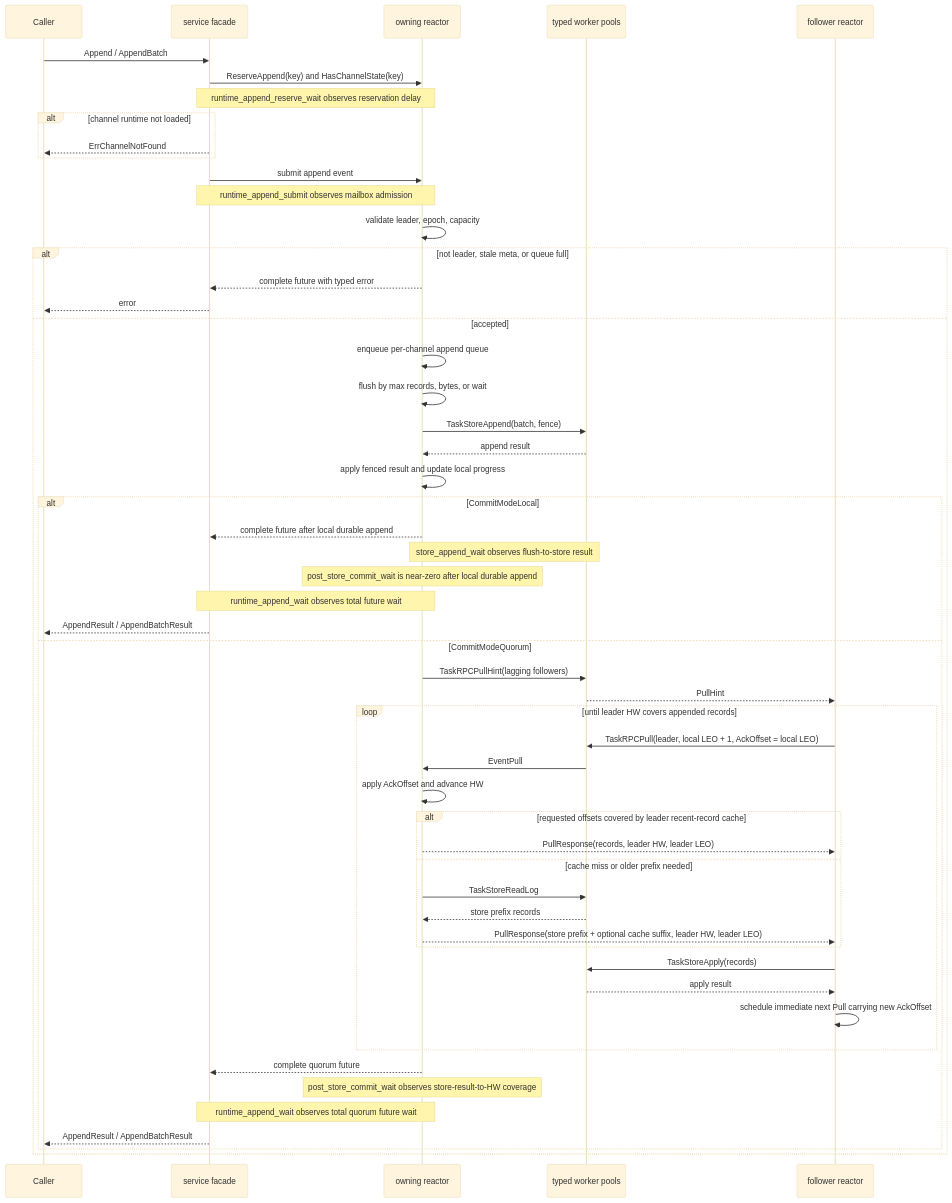
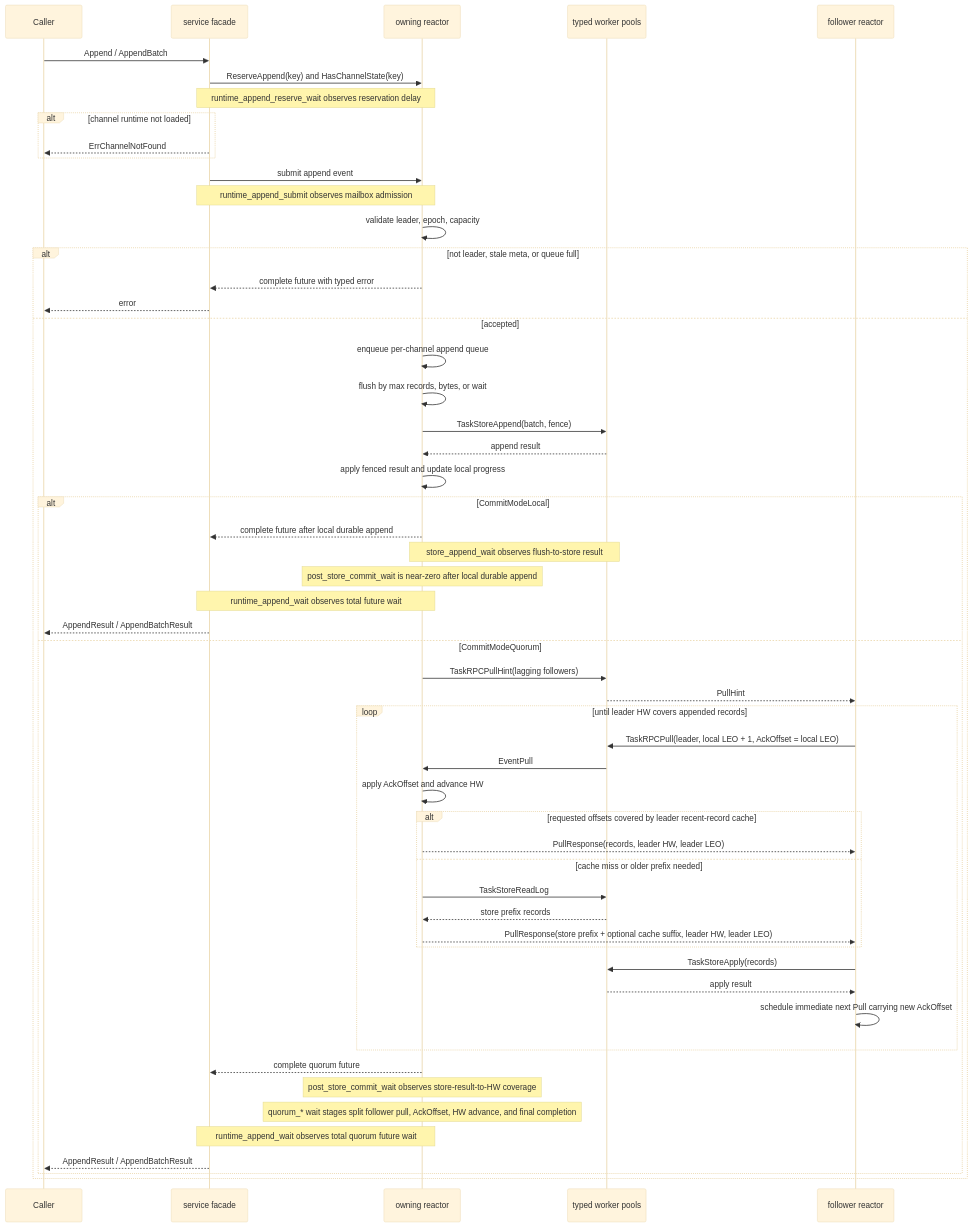
One commit to WuKongIM/WuKongIM changed the first of 2 diagrams in pkg/channelv2/FLOW.md. Above: the diagram before and after it, drawn with Mermaid (base theme). The commit also changed other lines of this file and 13 other files, not shown here.

Commit message:
feat(metrics): split channel quorum wait stages

````diff
--- a/pkg/channelv2/FLOW.md
+++ b/pkg/channelv2/FLOW.md
@@ -23,58 +23,59 @@
 ```mermaid
 sequenceDiagram
     participant Caller
     participant Service as service facade
     participant Reactor as owning reactor
     participant Workers as typed worker pools
     participant Follower as follower reactor
 
     Caller->>Service: Append / AppendBatch
     Service->>Reactor: ReserveAppend(key) and HasChannelState(key)
     Note over Service,Reactor: runtime_append_reserve_wait observes reservation delay
     alt channel runtime not loaded
         Service-->>Caller: ErrChannelNotFound
     end
     Service->>Reactor: submit append event
     Note over Service,Reactor: runtime_append_submit observes mailbox admission
     Reactor->>Reactor: validate leader, epoch, capacity
     alt not leader, stale meta, or queue full
         Reactor-->>Service: complete future with typed error
         Service-->>Caller: error
     else accepted
         Reactor->>Reactor: enqueue per-channel append queue
         Reactor->>Reactor: flush by max records, bytes, or wait
         Reactor->>Workers: TaskStoreAppend(batch, fence)
         Workers-->>Reactor: append result
         Reactor->>Reactor: apply fenced result and update local progress
 
         alt CommitModeLocal
             Reactor-->>Service: complete future after local durable append
             Note over Reactor,Workers: store_append_wait observes flush-to-store result
             Note over Reactor: post_store_commit_wait is near-zero after local durable append
             Note over Service,Reactor: runtime_append_wait observes total future wait
             Service-->>Caller: AppendResult / AppendBatchResult
         else CommitModeQuorum
             Reactor->>Workers: TaskRPCPullHint(lagging followers)
             Workers-->>Follower: PullHint
             loop until leader HW covers appended records
                 Follower->>Workers: TaskRPCPull(leader, local LEO + 1, AckOffset = local LEO)
                 Workers->>Reactor: EventPull
                 Reactor->>Reactor: apply AckOffset and advance HW
                 alt requested offsets covered by leader recent-record cache
                     Reactor-->>Follower: PullResponse(records, leader HW, leader LEO)
                 else cache miss or older prefix needed
                     Reactor->>Workers: TaskStoreReadLog
                     Workers-->>Reactor: store prefix records
                     Reactor-->>Follower: PullResponse(store prefix + optional cache suffix, leader HW, leader LEO)
                 end
                 Follower->>Workers: TaskStoreApply(records)
                 Workers-->>Follower: apply result
                 Follower->>Follower: schedule immediate next Pull carrying new AckOffset
             end
             Reactor-->>Service: complete quorum future
             Note over Reactor: post_store_commit_wait observes store-result-to-HW coverage
+            Note over Reactor: quorum_* wait stages split follower pull, AckOffset, HW advance, and final completion
             Note over Service,Reactor: runtime_append_wait observes total quorum future wait
             Service-->>Caller: AppendResult / AppendBatchResult
         end
     end
 ```
````
